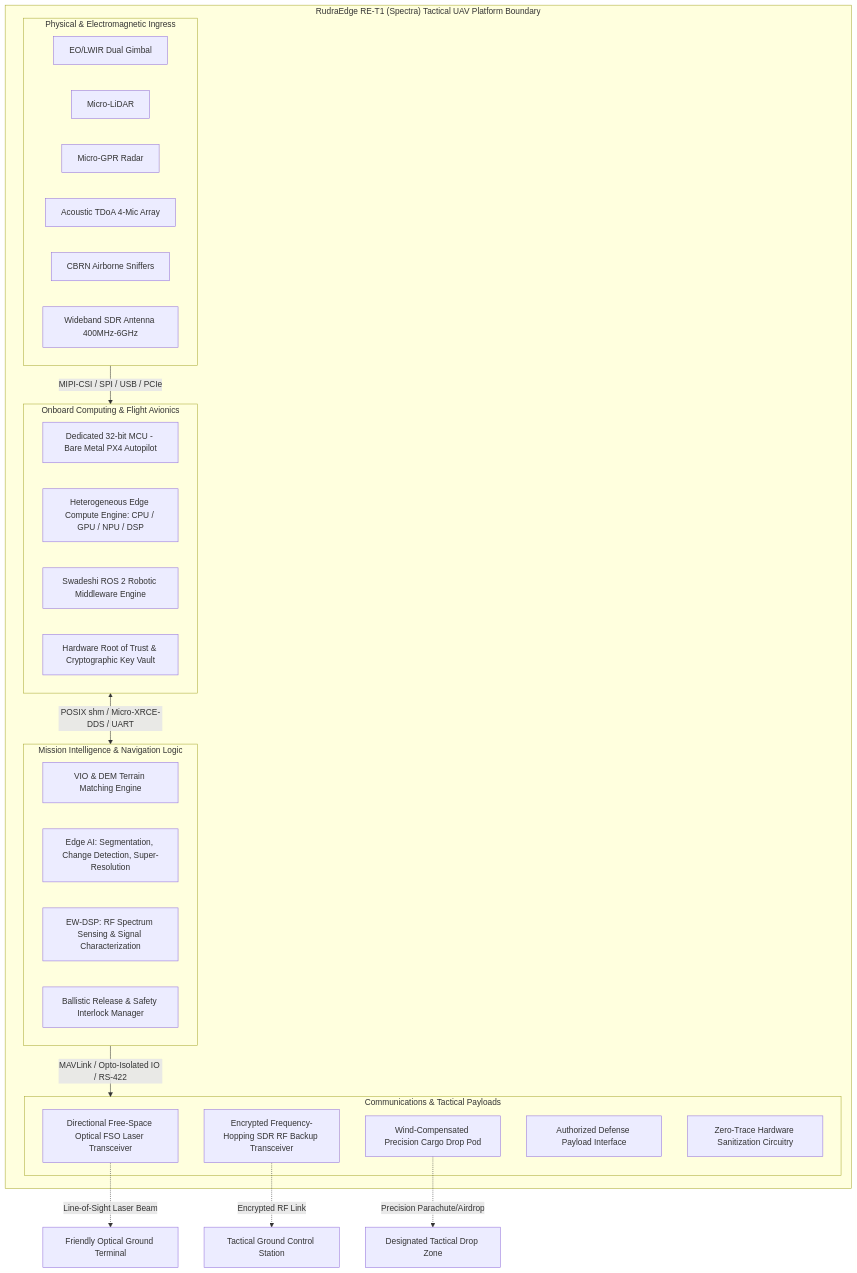
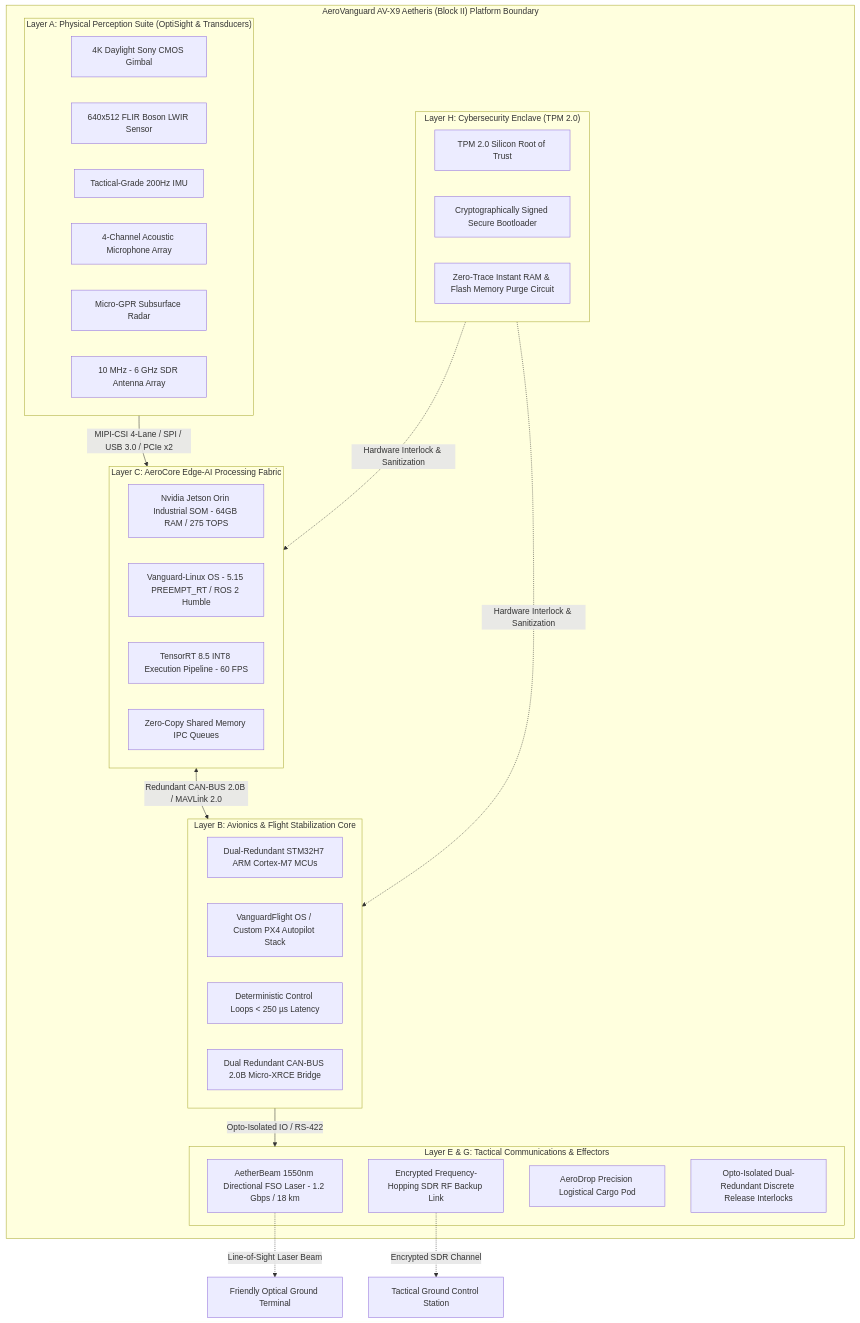
The diagram in Day 1/P01_Project_Scope_Baseline.md (psharmapriyanka009-ux/RE-T1), drawn with Mermaid before and after one commit. The commit also changed other lines of this file and 3 other files, not shown here.

Commit message:
Align Day 1 deliverables with AeroVanguard AV-X9 Aetheris technical blueprint (AVT-AETH-2026-X9)

````diff
--- a/Day 1/P01_Project_Scope_Baseline.md
+++ b/Day 1/P01_Project_Scope_Baseline.md
@@ -87,44 +83,50 @@
 ```mermaid
 graph TD
-    subgraph RE_T1_System_Boundary ["RudraEdge RE-T1 (Spectra) Tactical UAV Platform Boundary"]
-        subgraph Physical_Ingress ["Physical & Electromagnetic Ingress"]
-            S1[EO/LWIR Dual Gimbal]
-            S2[Micro-LiDAR]
-            S3[Micro-GPR Radar]
-            S4[Acoustic TDoA 4-Mic Array]
-            S5[CBRN Airborne Sniffers]
-            S6[Wideband SDR Antenna 400MHz-6GHz]
+    subgraph AV_X9_System_Boundary ["AeroVanguard AV-X9 Aetheris (Block II) Platform Boundary"]
+        subgraph Ingress_Layer ["Layer A: Physical Perception Suite (OptiSight & Transducers)"]
+            S1[4K Daylight Sony CMOS Gimbal]
+            S2[640x512 FLIR Boson LWIR Sensor]
+            S3[Tactical-Grade 200Hz IMU]
+            S4[4-Channel Acoustic Microphone Array]
+            S5[Micro-GPR Subsurface Radar]
+            S6[10 MHz - 6 GHz SDR Antenna Array]
         end
 
-        subgraph Core_Compute_Avionics ["Onboard Computing & Flight Avionics"]
-            C1[Dedicated 32-bit MCU - Bare Metal PX4 Autopilot]
-            C2[Heterogeneous Edge Compute Engine: CPU / GPU / NPU / DSP]
-            C3[Swadeshi ROS 2 Robotic Middleware Engine]
-            C4[Hardware Root of Trust & Cryptographic Key Vault]
+        subgraph Edge_Compute ["Layer C: AeroCore Edge-AI Processing Fabric"]
+            C1[Nvidia Jetson Orin Industrial SOM - 64GB RAM / 275 TOPS]
+            C2[Vanguard-Linux OS - 5.15 PREEMPT_RT / ROS 2 Humble]
+            C3[TensorRT 8.5 INT8 Execution Pipeline - 60 FPS]
+            C4[Zero-Copy Shared Memory IPC Queues]
         end
 
-        subgraph Mission_Software_Engines ["Mission Intelligence & Navigation Logic"]
-            M1[VIO & DEM Terrain Matching Engine]
-            M2[Edge AI: Segmentation, Change Detection, Super-Resolution]
-            M3[EW-DSP: RF Spectrum Sensing & Signal Characterization]
-            M4[Ballistic Release & Safety Interlock Manager]
+        subgraph Flight_Avionics ["Layer B: Avionics & Flight Stabilization Core"]
+            F1[Dual-Redundant STM32H7 ARM Cortex-M7 MCUs]
+            F2[VanguardFlight OS / Custom PX4 Autopilot Stack]
+            F3[Deterministic Control Loops < 250 µs Latency]
+            F4[Dual Redundant CAN-BUS 2.0B Micro-XRCE Bridge]
         end
 
-        subgraph Effectors_Comms ["Communications & Tactical Payloads"]
-            E1[Directional Free-Space Optical FSO Laser Transceiver]
-            E2[Encrypted Frequency-Hopping SDR RF Backup Transceiver]
-            E3[Wind-Compensated Precision Cargo Drop Pod]
-            E4[Authorized Defense Payload Interface]
-            E5[Zero-Trace Hardware Sanitization Circuitry]
+        subgraph Comms_Effectors ["Layer E & G: Tactical Communications & Effectors"]
+            E1[AetherBeam 1550nm Directional FSO Laser - 1.2 Gbps / 18 km]
+            E2[Encrypted Frequency-Hopping SDR RF Backup Link]
+            E3[AeroDrop Precision Logistical Cargo Pod]
+            E4[Opto-Isolated Dual-Redundant Discrete Release Interlocks]
+        end
+
+        subgraph Cyber_Enclave ["Layer H: Cybersecurity Enclave (TPM 2.0)"]
+            H1[TPM 2.0 Silicon Root of Trust]
+            H2[Cryptographically Signed Secure Bootloader]
+            H3[Zero-Trace Instant RAM & Flash Memory Purge Circuit]
         end
     end
 
-    %% External Interfaces
-    Physical_Ingress -->|MIPI-CSI / SPI / USB / PCIe| Core_Compute_Avionics
-    Core_Compute_Avionics <-->|POSIX shm / Micro-XRCE-DDS / UART| Mission_Software_Engines
-    Mission_Software_Engines -->|MAVLink / Opto-Isolated IO / RS-422| Effectors_Comms
-    
-    E1 -.->|Line-of-Sight Laser Beam| GCS_FSO[Friendly Optical Ground Terminal]
-    E2 -.->|Encrypted RF Link| GCS_RF[Tactical Ground Control Station]
-    E3 -.->|Precision Parachute/Airdrop| Ground_Drop[Designated Tactical Drop Zone]
+    %% Interfaces
+    Ingress_Layer -->|MIPI-CSI 4-Lane / SPI / USB 3.0 / PCIe x2| Edge_Compute
+    Edge_Compute <-->|Redundant CAN-BUS 2.0B / MAVLink 2.0| Flight_Avionics
+    Flight_Avionics -->|Opto-Isolated IO / RS-422| Comms_Effectors
+    Cyber_Enclave -.->|Hardware Interlock & Sanitization| Edge_Compute
+    Cyber_Enclave -.->|Hardware Interlock & Sanitization| Flight_Avionics
+
+    E1 -.->|Line-of-Sight Laser Beam| Ground_FSO[Friendly Optical Ground Terminal]
+    E2 -.->|Encrypted SDR Channel| Tactical_GCS[Tactical Ground Control Station]
 ```
````
